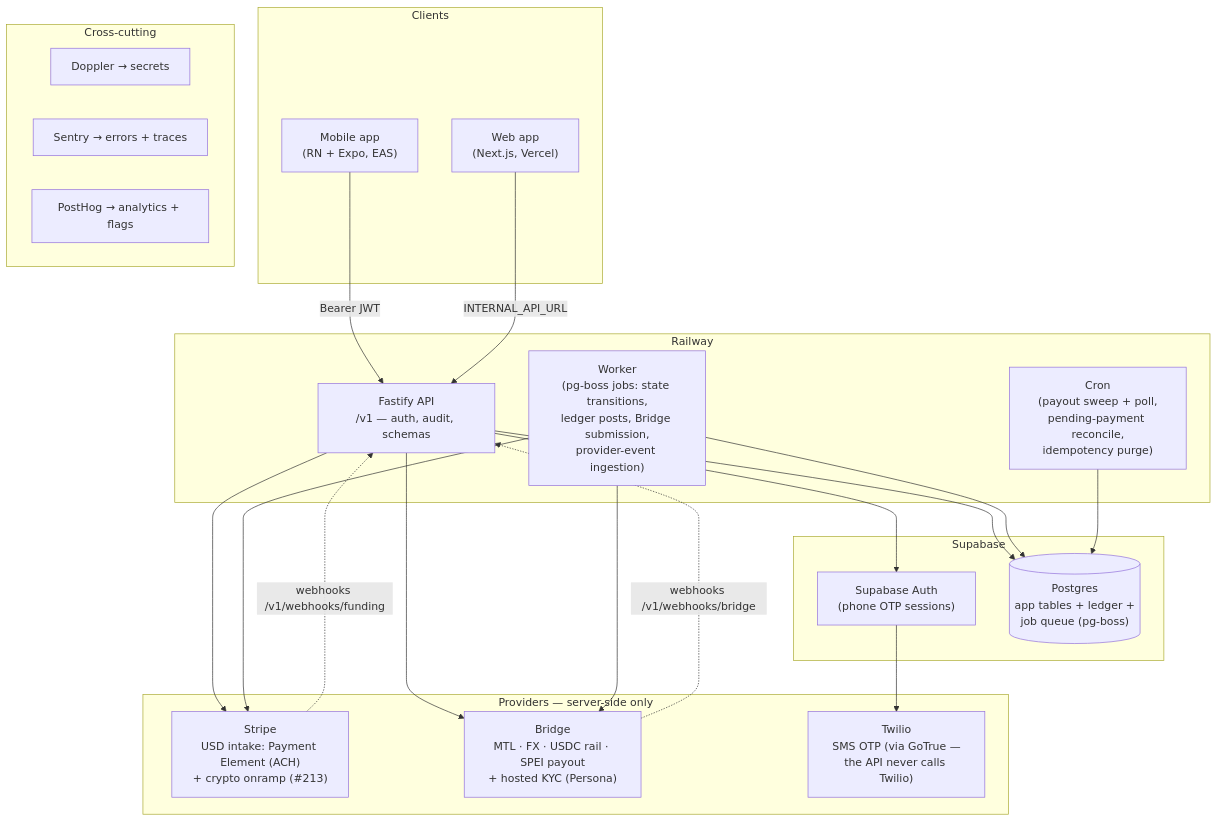
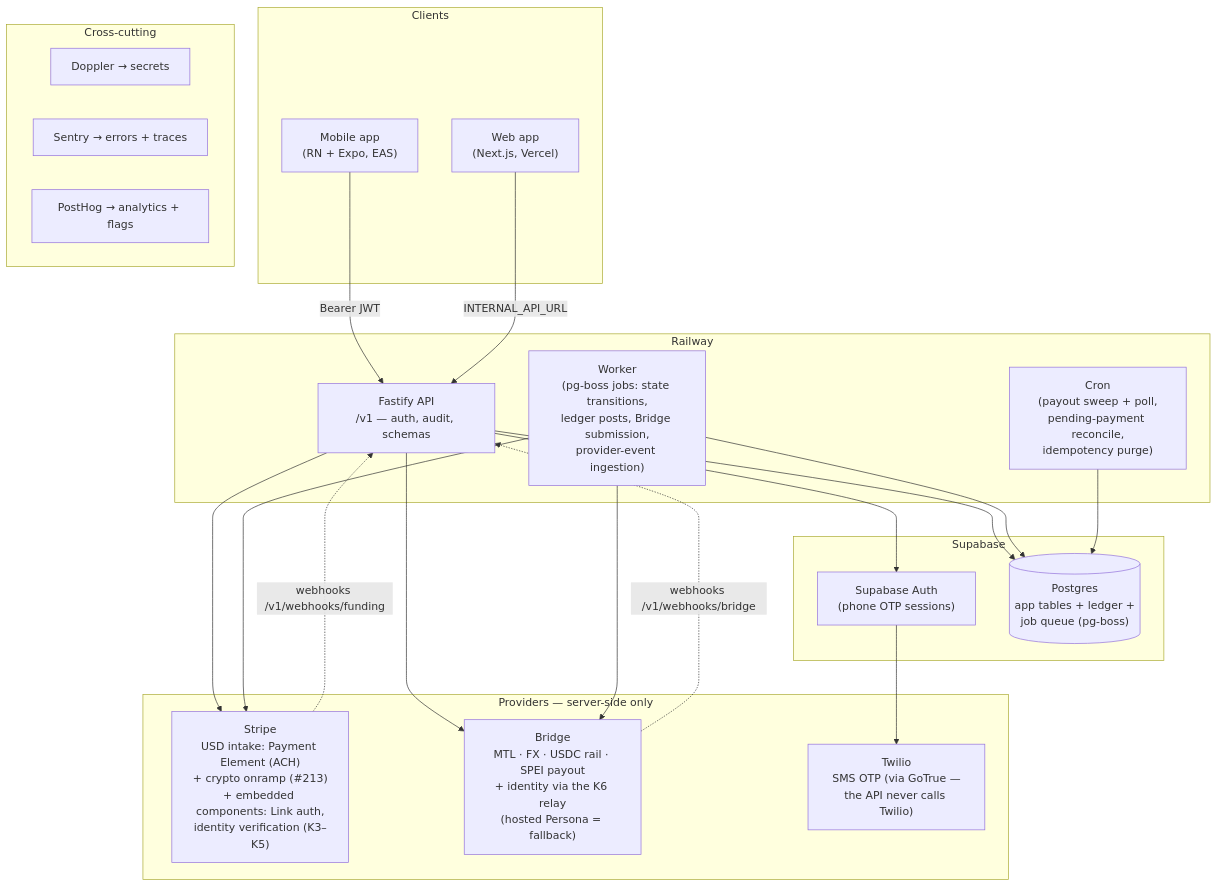
One commit to PuenteFinancial/PuenteApp changed the diagram in docs/architecture.md. Above: the diagram before and after it, drawn with Mermaid. The commit also changed other lines of this file and 12 other files, not shown here.

````diff
--- a/docs/architecture.md
+++ b/docs/architecture.md
@@ -15,42 +18,42 @@
 ```mermaid
 flowchart TB
     subgraph clients [Clients]
         mobile["Mobile app<br/>(RN + Expo, EAS)"]
         web["Web app<br/>(Next.js, Vercel)"]
     end
 
     subgraph railway [Railway]
         api["Fastify API<br/>/v1 — auth, audit, schemas"]
         worker["Worker<br/>(pg-boss jobs: state transitions,<br/>ledger posts, Bridge submission,<br/>provider-event ingestion)"]
         cron["Cron<br/>(payout sweep + poll,<br/>pending-payment reconcile,<br/>idempotency purge)"]
     end
 
     subgraph supabase [Supabase]
         auth["Supabase Auth<br/>(phone OTP sessions)"]
         pg[("Postgres<br/>app tables + ledger +<br/>job queue (pg-boss)")]
     end
 
     subgraph providers [Providers — server-side only]
-        stripe["Stripe<br/>USD intake: Payment Element (ACH)<br/>+ crypto onramp (#213)"]
-        bridge["Bridge<br/>MTL · FX · USDC rail · SPEI payout<br/>+ hosted KYC (Persona)"]
+        stripe["Stripe<br/>USD intake: Payment Element (ACH)<br/>+ crypto onramp (#213)<br/>+ embedded components: Link auth,<br/>identity verification (K3–K5)"]
+        bridge["Bridge<br/>MTL · FX · USDC rail · SPEI payout<br/>+ identity via the K6 relay<br/>(hosted Persona = fallback)"]
         twilio["Twilio<br/>SMS OTP (via GoTrue —<br/>the API never calls Twilio)"]
     end
 
     subgraph observability [Cross-cutting]
         doppler["Doppler → secrets"]
         sentry["Sentry → errors + traces"]
         posthog["PostHog → analytics + flags"]
     end
 
     mobile -->|Bearer JWT| api
     web -->|INTERNAL_API_URL| api
     api --> auth
     api --> pg
     worker --> pg
     cron --> pg
     api & worker --> stripe
     api & worker --> bridge
     auth --> twilio
     stripe -.->|webhooks /v1/webhooks/funding| api
     bridge -.->|webhooks /v1/webhooks/bridge| api
 ```
````
